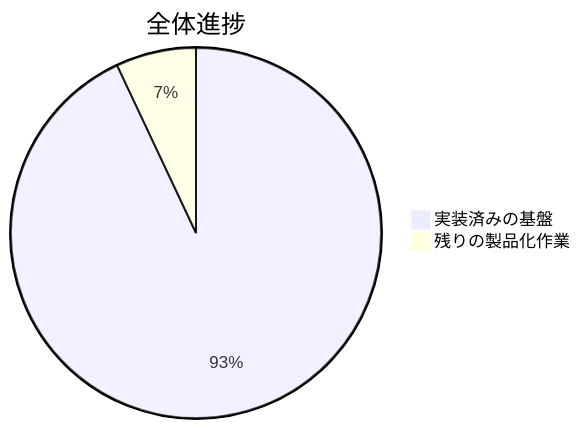
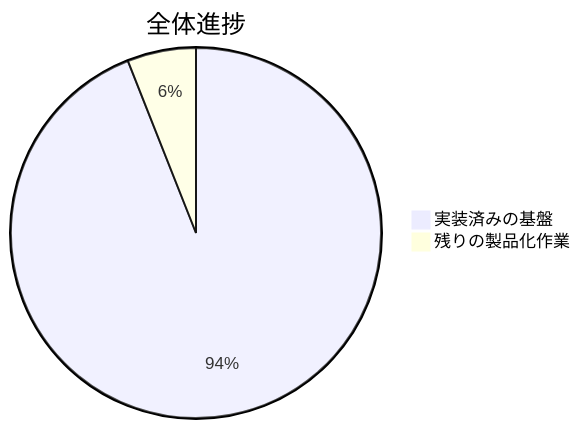
The first of 5 diagrams in README.ja.md (lingmulongtai/GlyphRay), drawn with Mermaid before and after one commit. The commit also changed other lines of this file and 27 other files, not shown here.

````diff
--- a/README.ja.md
+++ b/README.ja.md
@@ -15,5 +15,5 @@
 ```mermaid
 pie title 全体進捗
-  "実装済みの基盤" : 93
-  "残りの製品化作業" : 7
+  "実装済みの基盤" : 94
+  "残りの製品化作業" : 6
 ```
````
